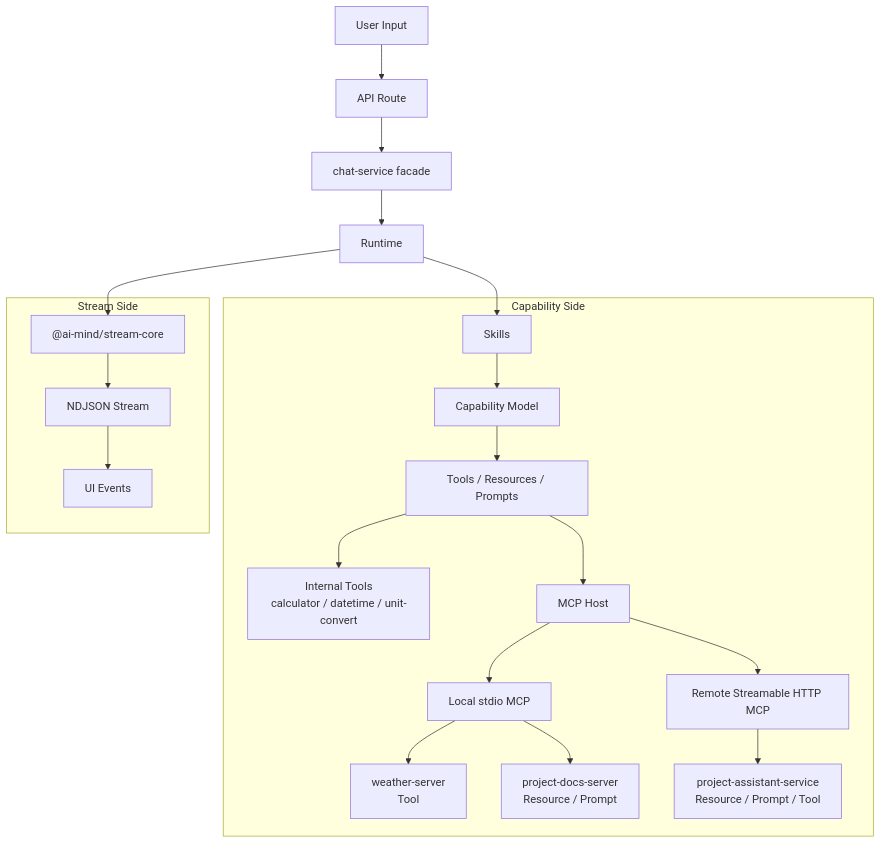
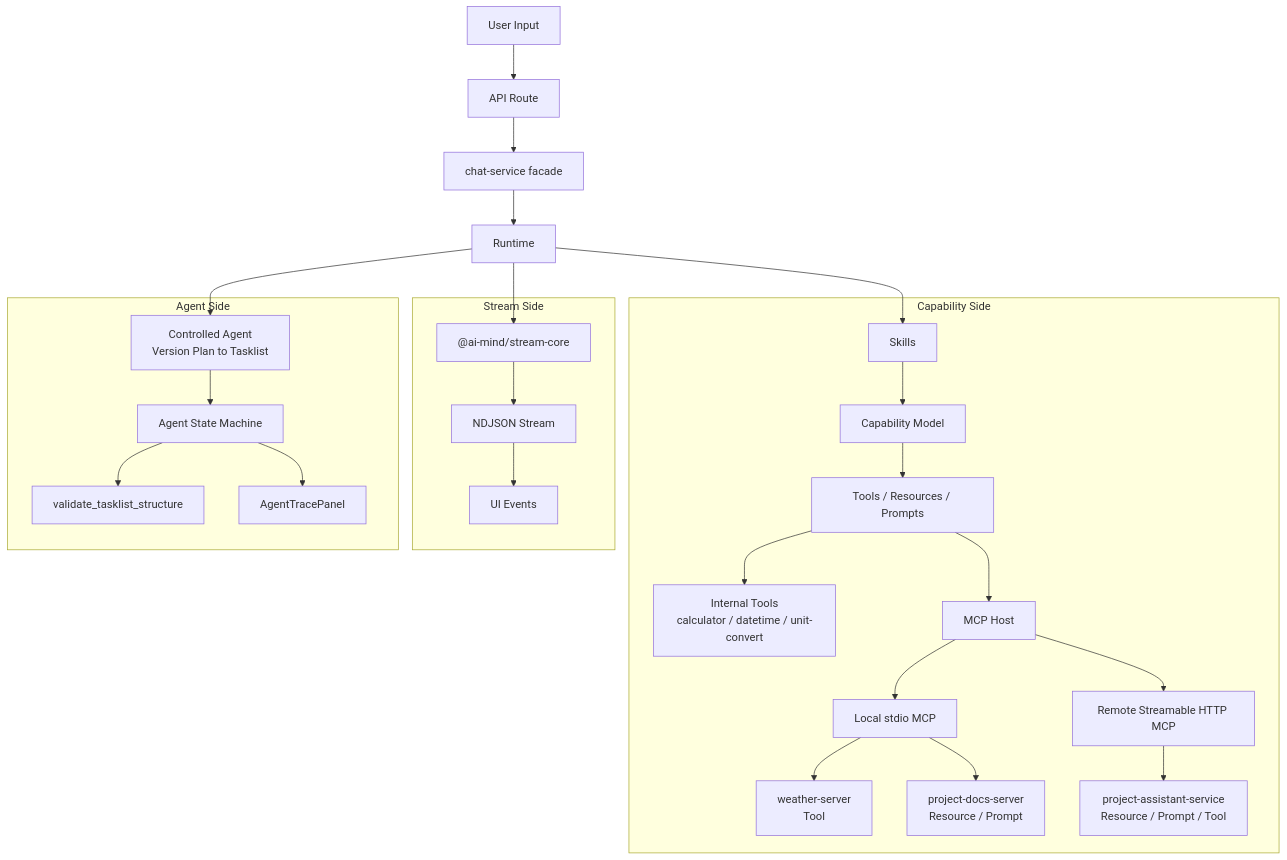
Before and after one commit to HWYD/ai-mind: the diagram in README.md, drawn with Mermaid. The commit also changed other lines of this file and 51 other files, not shown here.

Commit message:
feat(app): ✨  完成 v0.1.0 受控 Tasklist Agent

````diff
--- a/README.md
+++ b/README.md
@@ -53,26 +56,33 @@
 ```mermaid
 flowchart TD
     A["User Input"] --> B["API Route"]
     B --> C["chat-service facade"]
     C --> D["Runtime"]
 
     subgraph Capability["Capability Side"]
         S["Skills"] --> CM["Capability Model"]
         CM --> CAP["Tools / Resources / Prompts"]
         CAP --> IT["Internal Tools<br/>calculator / datetime / unit-convert"]
         CAP --> MCP["MCP Host"]
         MCP --> LM["Local stdio MCP"]
         LM --> W["weather-server<br/>Tool"]
         LM --> PD["project-docs-server<br/>Resource / Prompt"]
         MCP --> RM["Remote Streamable HTTP MCP"]
         RM --> PAS["project-assistant-service<br/>Resource / Prompt / Tool"]
     end
 
     subgraph Stream["Stream Side"]
         SC["@ai-mind/stream-core"] --> NS["NDJSON Stream"]
         NS --> UI["UI Events"]
     end
 
+    subgraph Agent["Agent Side"]
+        AG["Controlled Agent<br/>Version Plan to Tasklist"] --> AS["Agent State Machine"]
+        AS --> QG["validate_tasklist_structure"]
+        AS --> AT["AgentTracePanel"]
+    end
+
     D --> S
     D --> SC
+    D --> AG
 ```
````
